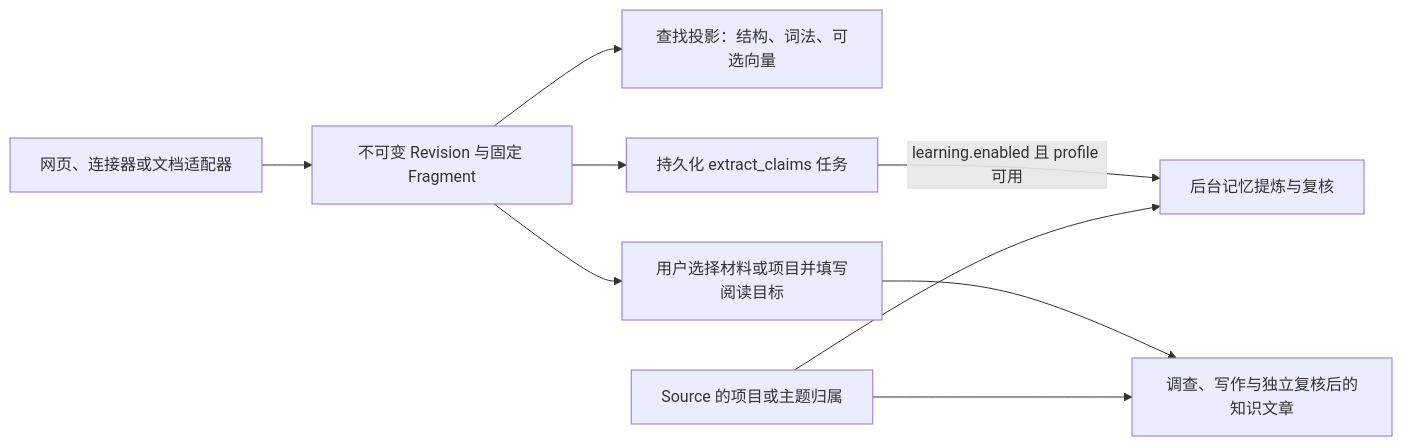
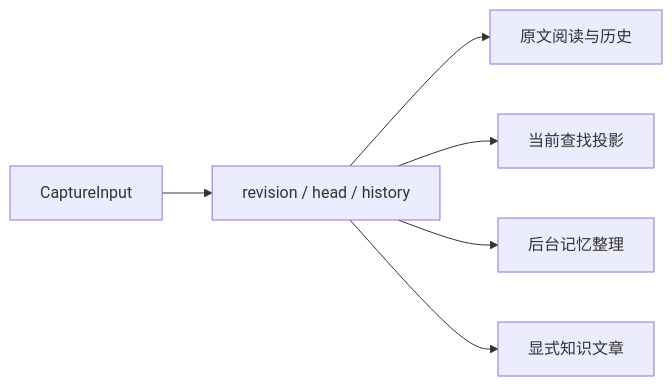
The diagram in .repo-review/knowledge/articles/08e8de8e7788195db049c6fb0184ebc7888d9ec16a991ed19523deb074181035.md (lejunyang/omem), drawn with Mermaid before and after one commit. The commit also changed other lines of this file and 6 other files, not shown here.

````diff
--- a/.repo-review/knowledge/articles/08e8de8e7788195db049c6fb0184ebc7888d9ec16a991ed19523deb074181035.md
+++ b/.repo-review/knowledge/articles/08e8de8e7788195db049c6fb0184ebc7888d9ec16a991ed19523deb074181035.md
@@ -70,11 +46,8 @@
-```mermaid
+~~~mermaid
 flowchart LR
-  I[网页、连接器或文档适配器] --> R[不可变 Revision 与固定 Fragment]
-  R --> S[查找投影：结构、词法、可选向量]
-  R --> J[持久化 extract_claims 任务]
-  J -->|learning.enabled 且 profile 可用| M[后台记忆提炼与复核]
-  R --> P[用户选择材料或项目并填写阅读目标]
-  P --> K[调查、写作与独立复核后的知识文章]
-  C[Source 的项目或主题归属] --> M
-  C --> K
-```
+    A[CaptureInput] --> B[revision / head / history]
+    B --> C[原文阅读与历史]
+    B --> D[当前查找投影]
+    B --> E[后台记忆整理]
+    B --> F[显式知识文章]
+~~~
````
